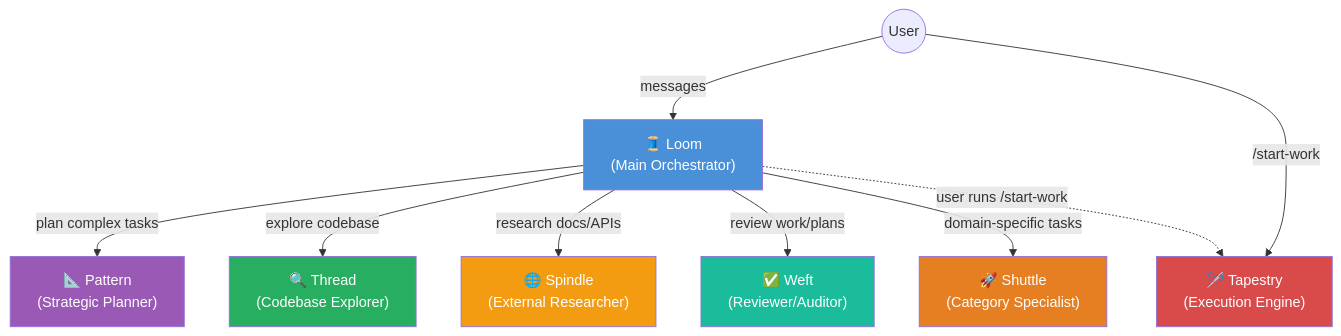
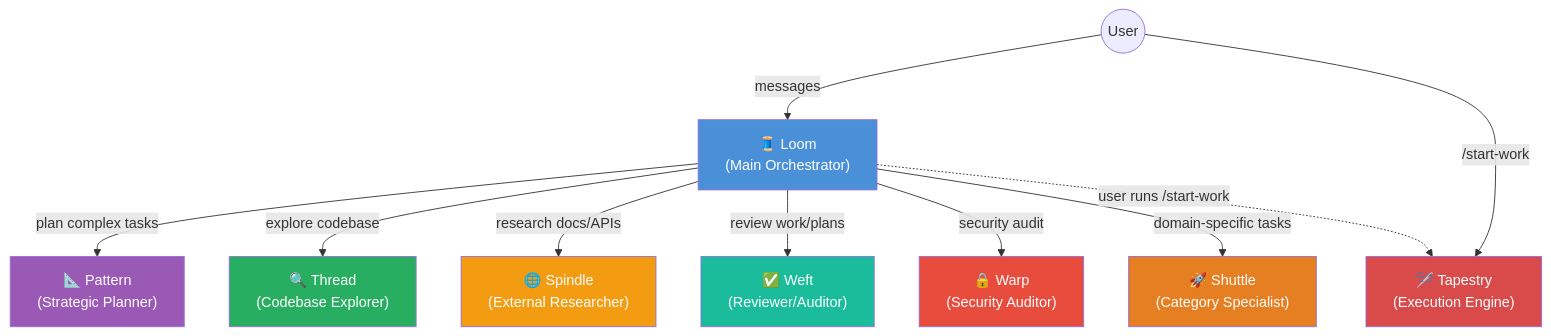
The first of 9 diagrams in docs/agent-interactions.md (pgermishuys/opencode-weave), drawn with Mermaid before and after one commit. The commit also changed other lines of this file and 19 other files, not shown here.

First line of the commit message:
Add Warp agent — security and specification compliance auditor (8th built-in agent)

````diff
--- a/docs/agent-interactions.md
+++ b/docs/agent-interactions.md
@@ -7,29 +7,32 @@
 ```mermaid
 graph TD
     User((User))
     Loom["🧵 Loom<br/>(Main Orchestrator)"]
     Tapestry["🪡 Tapestry<br/>(Execution Engine)"]
     Pattern["📐 Pattern<br/>(Strategic Planner)"]
     Thread["🔍 Thread<br/>(Codebase Explorer)"]
     Spindle["🌐 Spindle<br/>(External Researcher)"]
     Weft["✅ Weft<br/>(Reviewer/Auditor)"]
+    Warp["🔒 Warp<br/>(Security Auditor)"]
     Shuttle["🚀 Shuttle<br/>(Category Specialist)"]
 
     User -->|messages| Loom
     User -->|/start-work| Tapestry
 
     Loom -->|"plan complex tasks"| Pattern
     Loom -->|"explore codebase"| Thread
     Loom -->|"research docs/APIs"| Spindle
     Loom -->|"review work/plans"| Weft
+    Loom -->|"security audit"| Warp
     Loom -->|"domain-specific tasks"| Shuttle
     Loom -.->|"user runs /start-work"| Tapestry
 
     style Loom fill:#4A90D9,color:#fff
     style Tapestry fill:#D94A4A,color:#fff
     style Pattern fill:#9B59B6,color:#fff
     style Thread fill:#27AE60,color:#fff
     style Spindle fill:#F39C12,color:#fff
     style Weft fill:#1ABC9C,color:#fff
+    style Warp fill:#E74C3C,color:#fff
     style Shuttle fill:#E67E22,color:#fff
 ```
````
